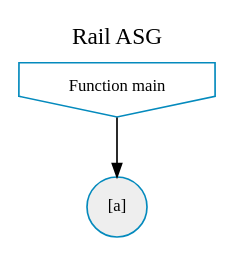
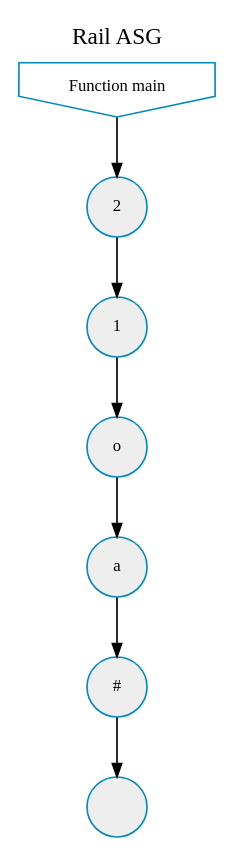
One commit to ccebinger/SWPSoSe14 changed the diagram in projekt-compiler/io/graphviz.dot. Above: the diagram before and after it, drawn with Graphviz. The commit also changed 4 other files, not shown here.

```diff
--- a/projekt-compiler/io/graphviz.dot
+++ b/projekt-compiler/io/graphviz.dot
@@ -1,11 +1,21 @@
 digraph G {
 	node [shape="circle",fontname=Courir,fontsize=10,style=filled,penwidth=1,fillcolor="#EEEEEE",color="#048ABD"]
 	edge [color="#000000", arrowsize="0.8", fontsize=10, decorate=true]
 	labelloc="t";
 	label="Rail ASG";
 	rankdir="TL";
 
 	funcmain [shape="invhouse",fillcolor="none",label="Function main"]
 	funcmain -> 1
-	1 [label="[a]"]
+	0 [label=""]
+	1 [label="2"]
+	1 -> 3
+	2 [label="o"]
+	2 -> 4
+	3 [label="1"]
+	3 -> 2
+	4 [label="a"]
+	4 -> 5
+	5 [label="#"]
+	5 -> 0
 }
```
